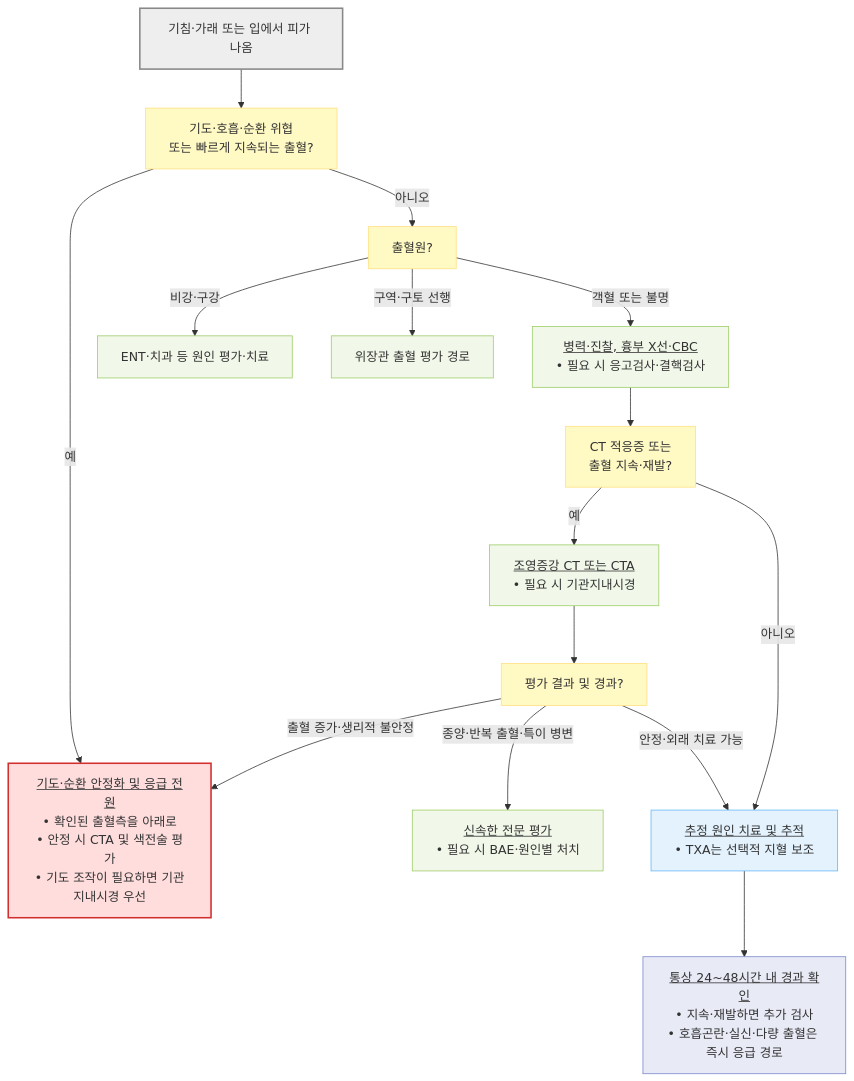
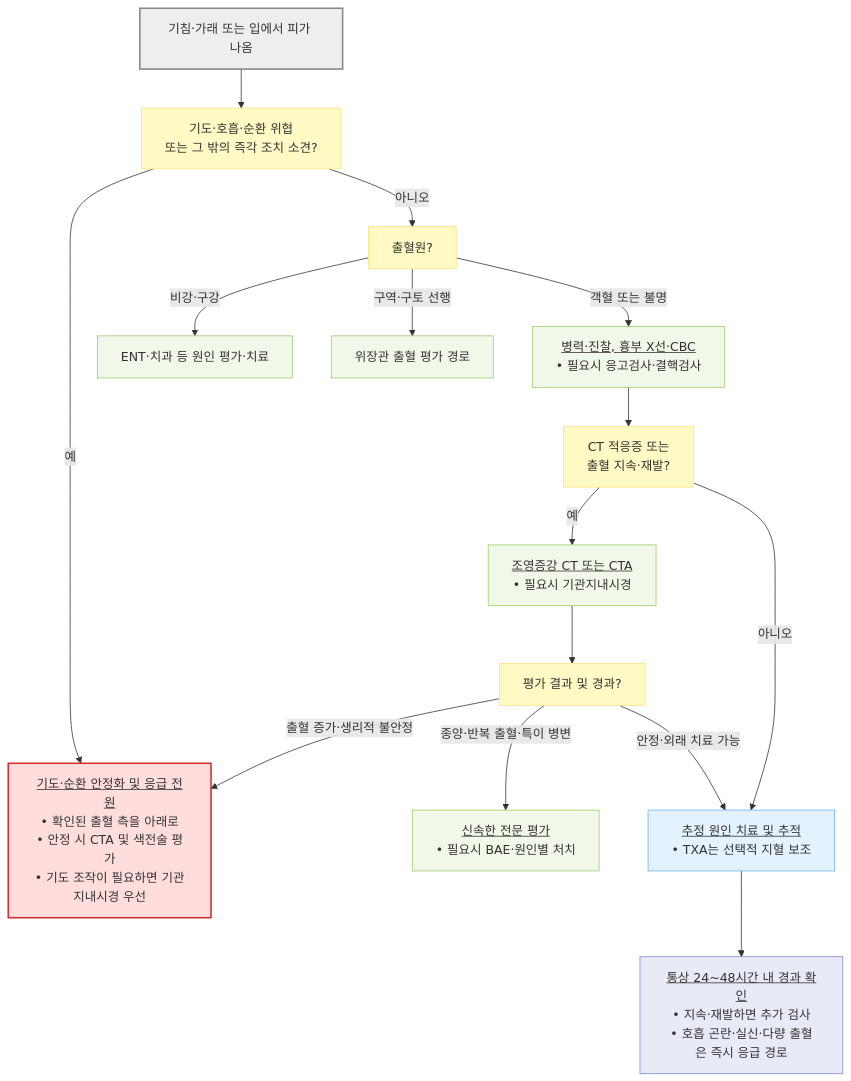
Before and after one commit to familyoh77/familyoh77: the diagram in 220_/008_-hemoptysis.md, drawn with Mermaid. The commit also changed other lines of this file, not shown here.

````diff
--- a/220_/008_-hemoptysis.md
+++ b/220_/008_-hemoptysis.md
@@ -103,30 +104,30 @@
 ```mermaid
 flowchart TD
-    A["기침·가래 또는 입에서 피가 나옴"] --> E["기도·호흡·순환 위협<br/>또는 빠르게 지속되는 출혈?"]
-    E -- "예" --> F["<u>기도·순환 안정화 및 응급 전원</u><br/>• 확인된 출혈측을 아래로<br/>• 안정 시 CTA 및 색전술 평가<br/>• 기도 조작이 필요하면 기관지내시경 우선"]
+    A["기침·가래 또는 입에서 피가 나옴"] --> E["기도·호흡·순환 위협<br/>또는 그 밖의 즉각 조치 소견?"]
+    E -- "예" --> F["<u>기도·순환 안정화 및 응급 전원</u><br/>• 확인된 출혈 측을 아래로<br/>• 안정 시 CTA 및 색전술 평가<br/>• 기도 조작이 필요하면 기관지내시경 우선"]
     E -- "아니오" --> B["출혈원?"]
     B -- "비강·구강" --> C["ENT·치과 등 원인 평가·치료"]
     B -- "구역·구토 선행" --> D["위장관 출혈 평가 경로"]
-    B -- "객혈 또는 불명" --> G["<u>병력·진찰, 흉부 X선·CBC</u><br/>• 필요 시 응고검사·결핵검사"]
+    B -- "객혈 또는 불명" --> G["<u>병력·진찰, 흉부 X선·CBC</u><br/>• 필요시 응고검사·결핵검사"]
     G --> H["CT 적응증 또는<br/>출혈 지속·재발?"]
-    H -- "예" --> I["<u>조영증강 CT 또는 CTA</u><br/>• 필요 시 기관지내시경"]
+    H -- "예" --> I["<u>조영증강 CT 또는 CTA</u><br/>• 필요시 기관지내시경"]
     H -- "아니오" --> J["<u>추정 원인 치료 및 추적</u><br/>• TXA는 선택적 지혈 보조"]
     I --> K["평가 결과 및 경과?"]
     K -- "출혈 증가·생리적 불안정" --> F
-    K -- "종양·반복 출혈·특이 병변" --> R["<u>신속한 전문 평가</u><br/>• 필요 시 BAE·원인별 처치"]
+    K -- "종양·반복 출혈·특이 병변" --> R["<u>신속한 전문 평가</u><br/>• 필요시 BAE·원인별 처치"]
     K -- "안정·외래 치료 가능" --> J
-    J --> FU["<u>통상 24~48시간 내 경과 확인</u><br/>• 지속·재발하면 추가 검사<br/>• 호흡곤란·실신·다량 출혈은 즉시 응급 경로"]
+    J --> FU["<u>통상 24~48시간 내 경과 확인</u><br/>• 지속·재발하면 추가 검사<br/>• 호흡 곤란·실신·다량 출혈은 즉시 응급 경로"]
 
     classDef start fill:#eeeeee,stroke:#888888,stroke-width:2px
     classDef question fill:#fff9c4,stroke:#ffe082
     classDef emergency fill:#ffdddd,stroke:#d32f2f,stroke-width:2px
     classDef evaluation fill:#f1f8e9,stroke:#9ccc65
     classDef treatment fill:#e3f2fd,stroke:#64b5f6
     classDef followup fill:#e8eaf6,stroke:#7986cb
     class A start
     class E,B,H,K question
     class F emergency
     class C,D,G,I,R evaluation
     class J treatment
     class FU followup
 ```
````
